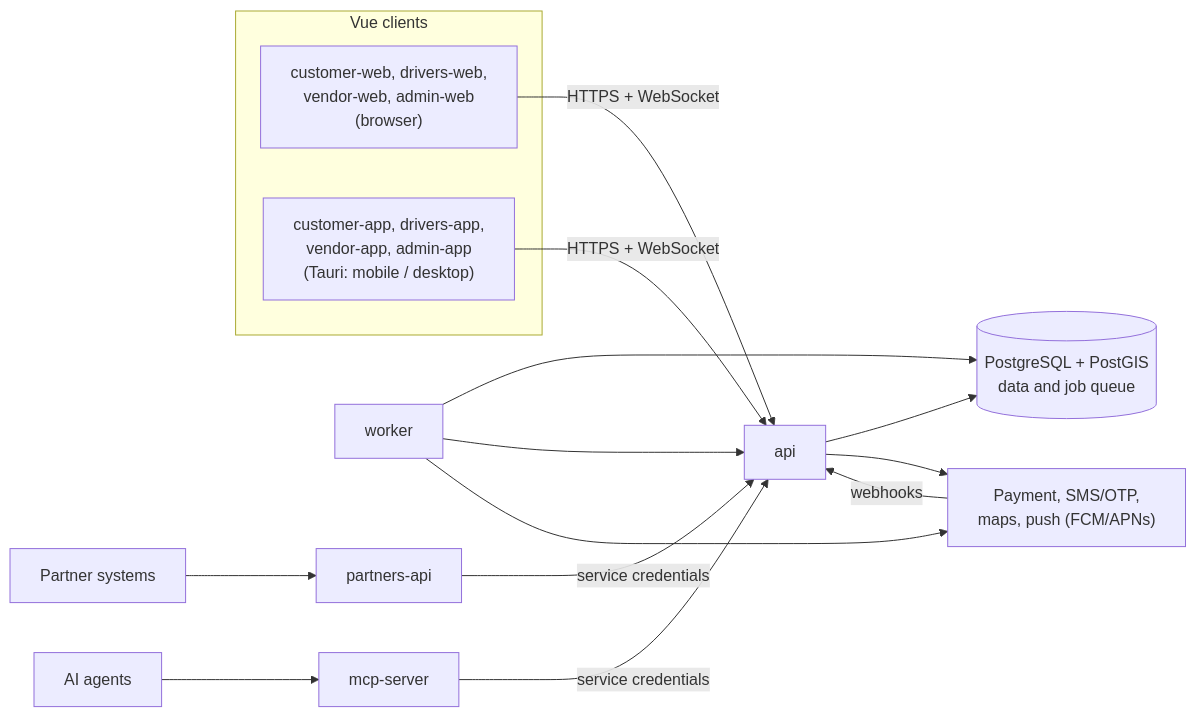
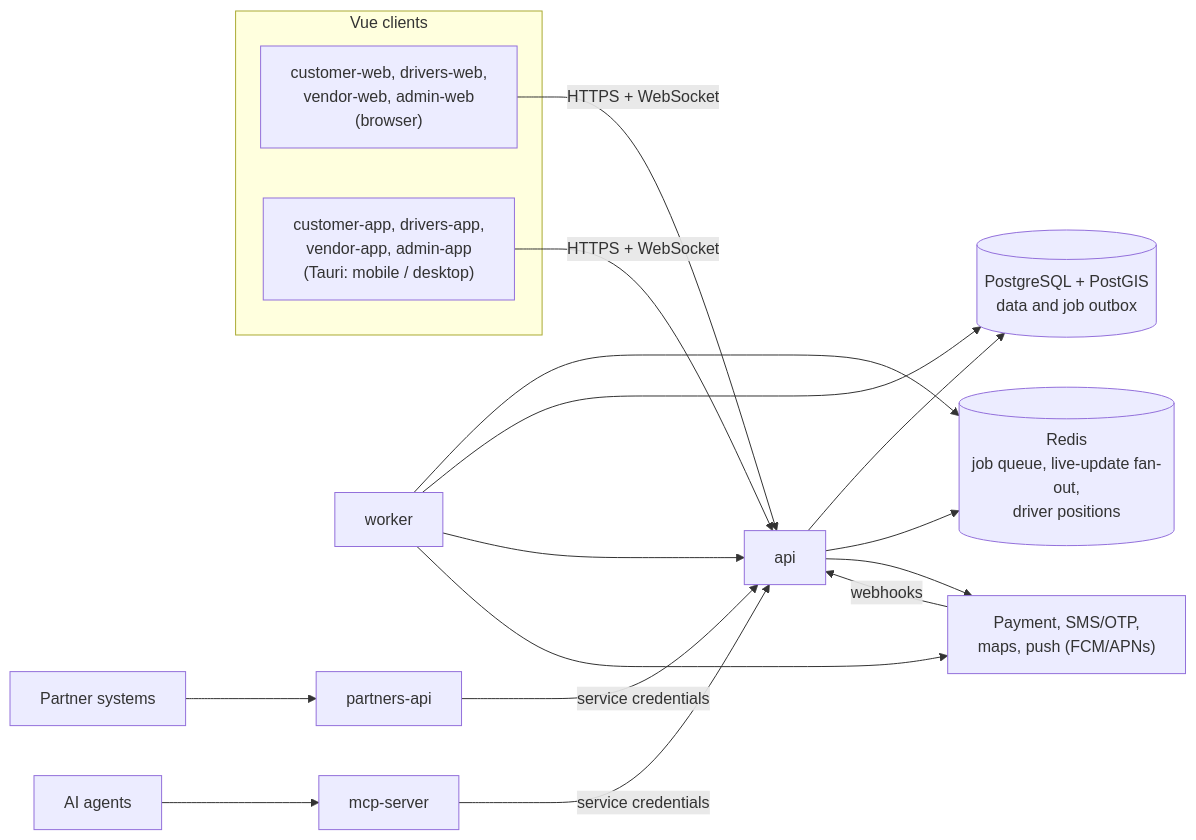
The diagram in docs/TECHNICAL.md (Bankole2000/rave_logistics), drawn with Mermaid before and after one commit. The commit also changed other lines of this file and 6 other files, not shown here.

````diff
--- a/docs/TECHNICAL.md
+++ b/docs/TECHNICAL.md
@@ -10,19 +10,21 @@
 ```mermaid
 flowchart LR
   subgraph Clients["Vue clients"]
     W["customer-web, drivers-web,<br/>vendor-web, admin-web<br/>(browser)"]
     T["customer-app, drivers-app,<br/>vendor-app, admin-app<br/>(Tauri: mobile / desktop)"]
   end
   P["Partner systems"] --> PA["partners-api"]
   AG["AI agents"] --> MCP["mcp-server"]
   W -- "HTTPS + WebSocket" --> API["api"]
   T -- "HTTPS + WebSocket" --> API
   PA -- "service credentials" --> API
   MCP -- "service credentials" --> API
-  API --> DB[("PostgreSQL + PostGIS<br/>data and job queue")]
-  WK["worker"] --> DB
+  API --> DB[("PostgreSQL + PostGIS<br/>data and job outbox")]
+  API --> RD[("Redis<br/>job queue, live-update fan-out,<br/>driver positions")]
+  WK["worker"] --> RD
+  WK --> DB
   WK --> API
   API --> EXT["Payment, SMS/OTP,<br/>maps, push (FCM/APNs)"]
   WK --> EXT
   EXT -- "webhooks" --> API
 ```
````
